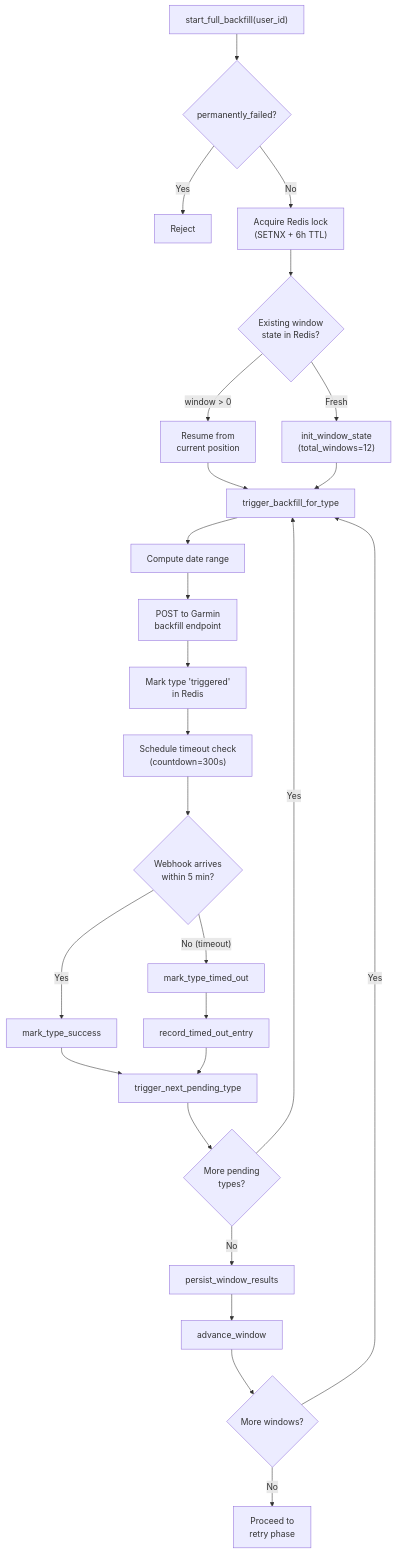
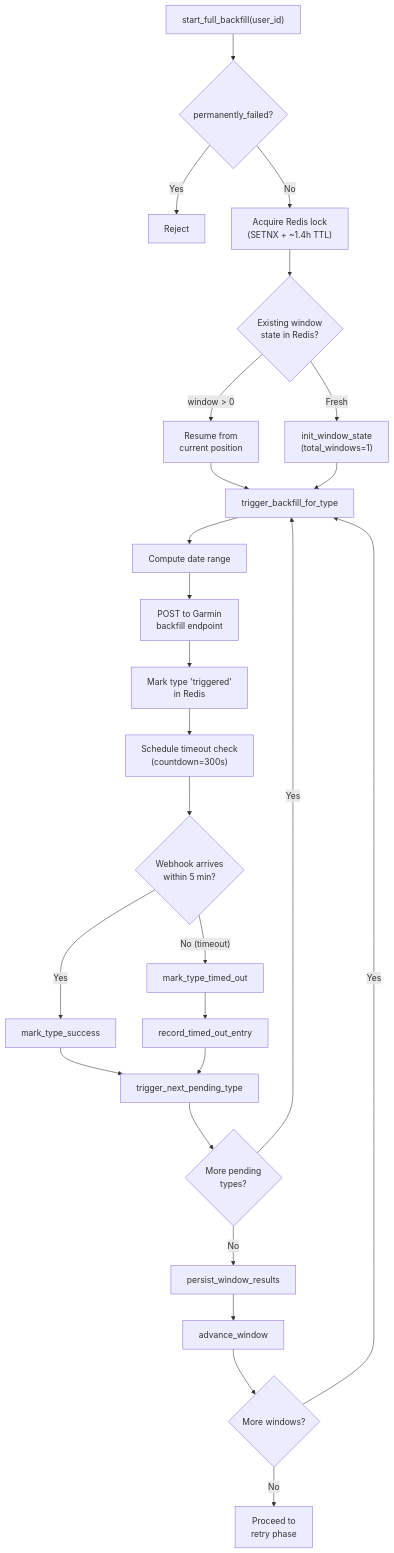
The fourth of 6 diagrams in services/wearables/docs/providers/garmin-data-pipeline.mdx (Aamrut-Inc/AyuOS), drawn with Mermaid before and after one commit. The commit also changed other lines of this file and 4 other files, not shown here.

````diff
--- a/services/wearables/docs/providers/garmin-data-pipeline.mdx
+++ b/services/wearables/docs/providers/garmin-data-pipeline.mdx
@@ -158,33 +158,33 @@
 ```mermaid
 graph TD
     A["start_full_backfill(user_id)"] --> B{"permanently_failed?"}
     B -->|"Yes"| B1["Reject"]
-    B -->|"No"| C["Acquire Redis lock<br/>(SETNX + 6h TTL)"]
+    B -->|"No"| C["Acquire Redis lock<br/>(SETNX + ~1.4h TTL)"]
     C --> D{"Existing window<br/>state in Redis?"}
     D -->|"window > 0"| E["Resume from<br/>current position"]
-    D -->|"Fresh"| F["init_window_state<br/>(total_windows=12)"]
+    D -->|"Fresh"| F["init_window_state<br/>(total_windows=1)"]
     E --> G["trigger_backfill_for_type"]
     F --> G
 
     G --> G1["Compute date range"]
     G1 --> G2["POST to Garmin<br/>backfill endpoint"]
     G2 --> G3["Mark type 'triggered'<br/>in Redis"]
     G3 --> G4["Schedule timeout check<br/>(countdown=300s)"]
 
     G4 --> H{"Webhook arrives<br/>within 5 min?"}
 
     H -->|"Yes"| I["mark_type_success"]
     I --> J["trigger_next_pending_type"]
     J --> K{"More pending<br/>types?"}
     K -->|"Yes"| G
     K -->|"No"| L["persist_window_results"]
 
     H -->|"No (timeout)"| M["mark_type_timed_out"]
     M --> M1["record_timed_out_entry"]
     M1 --> J
 
     L --> L1["advance_window"]
     L1 --> N{"More windows?"}
     N -->|"Yes"| G
     N -->|"No"| O["Proceed to<br/>retry phase"]
 ```
````
